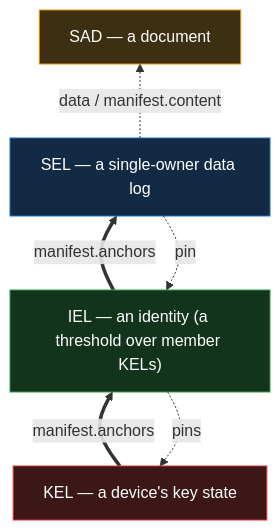
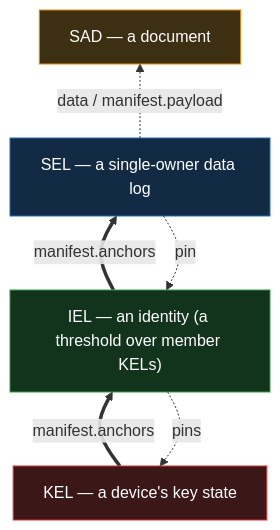
The second of 7 diagrams in docs/design/primitives/data/event-logs/event-shape.md (jasoncolburne/vdti), drawn with Mermaid before and after one commit. The commit also changed other lines of this file and 42 other files, not shown here.

````diff
--- a/docs/design/primitives/data/event-logs/event-shape.md
+++ b/docs/design/primitives/data/event-logs/event-shape.md
@@ -96,16 +96,16 @@
 ```mermaid
 flowchart BT
   kel["KEL — a device's key state"]:::kel
   iel["IEL — an identity (a threshold over member KELs)"]:::iel
   sel["SEL — a single-owner data log"]:::sel
   sad["SAD — a document"]:::doc
   kel ==>|manifest.anchors| iel
   iel ==>|manifest.anchors| sel
-  sel -.->|data / manifest.content| sad
+  sel -.->|data / manifest.payload| sad
   sel -.->|pin| iel
   iel -.->|pins| kel
   classDef kel fill:#3b1717,stroke:#e03131,color:#fff
   classDef iel fill:#12331c,stroke:#2f9e44,color:#fff
   classDef sel fill:#122a44,stroke:#1971c2,color:#fff
   classDef doc fill:#3d2f12,stroke:#f08c00,color:#fff
 ```
````
